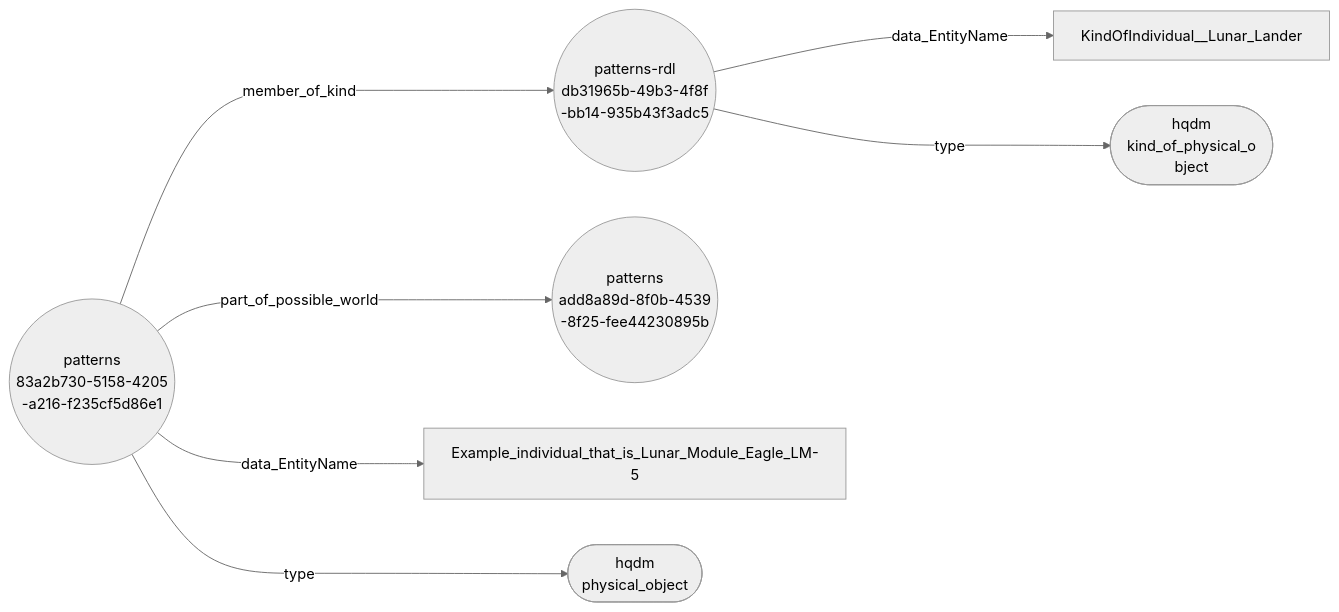
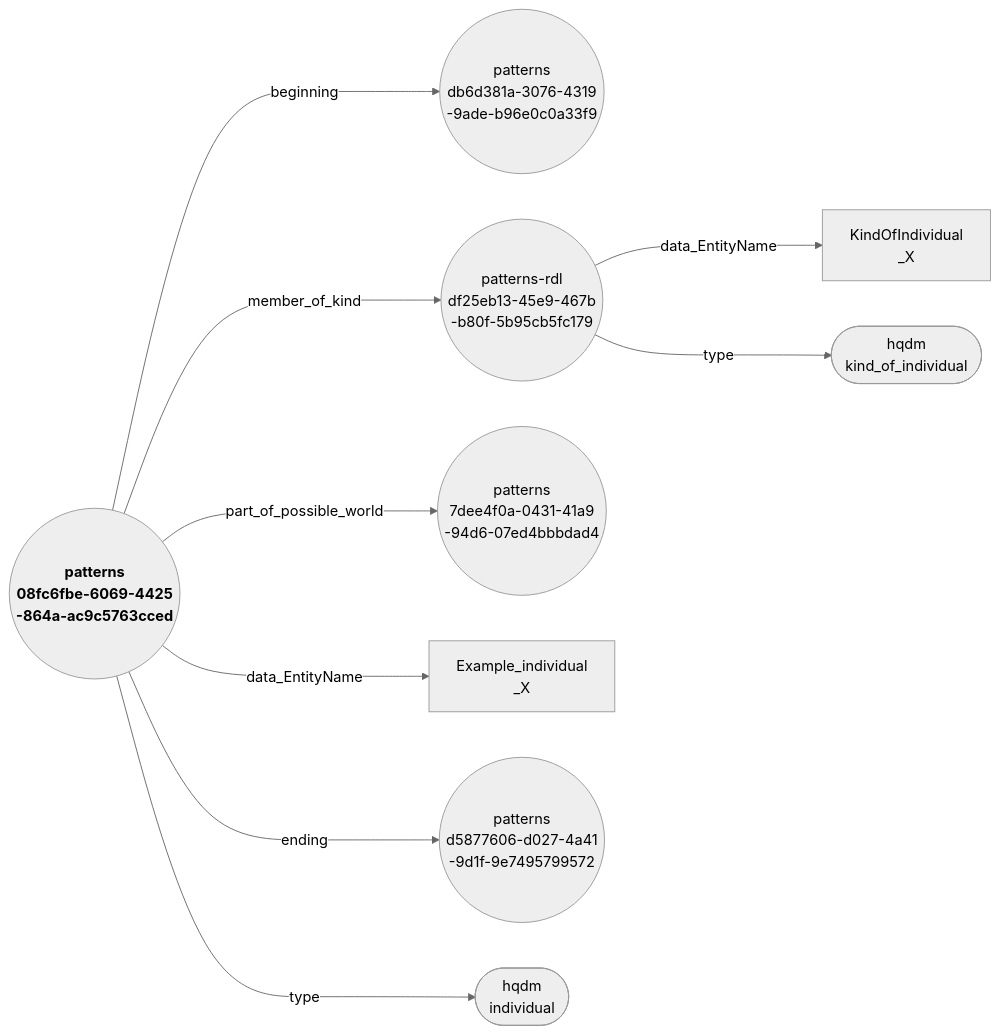
Before and after one commit to ClimbingAl/HqdmPatterns: the diagram in docs/extras/example-files/individualAndKindNodeEdgeGraph.mermaid, drawn with Mermaid (neutral theme). The commit also changed 121 other files, not shown here.

Commit message:
Updates to individual example to validate nodeEdge featrues

````diff
--- a/docs/extras/example-files/individualAndKindNodeEdgeGraph.mermaid
+++ b/docs/extras/example-files/individualAndKindNodeEdgeGraph.mermaid
@@ -1,9 +1,11 @@
 ``` mermaid
 graph LR
-  83a2b730-5158-4205-a216-f235cf5d86e1(("patterns <br> 83a2b730-5158-4205 <br> -a216-f235cf5d86e1"))--->|member_of_kind|db31965b-49b3-4f8f-bb14-935b43f3adc5(("patterns-rdl <br> db31965b-49b3-4f8f <br> -bb14-935b43f3adc5"));
-  83a2b730-5158-4205-a216-f235cf5d86e1(("patterns <br> 83a2b730-5158-4205 <br> -a216-f235cf5d86e1"))--->|part_of_possible_world|add8a89d-8f0b-4539-8f25-fee44230895b(("patterns <br> add8a89d-8f0b-4539 <br> -8f25-fee44230895b"));
-  83a2b730-5158-4205-a216-f235cf5d86e1(("patterns <br> 83a2b730-5158-4205 <br> -a216-f235cf5d86e1"))--->|data_EntityName|Example_individual_that_is_Lunar_Module_Eagle_LM-5[Example_individual_that_is_Lunar_Module_Eagle_LM-5];
-  83a2b730-5158-4205-a216-f235cf5d86e1(("patterns <br> 83a2b730-5158-4205 <br> -a216-f235cf5d86e1"))--->|type|physical_object(["hqdm <br> physical_object"]);
-  db31965b-49b3-4f8f-bb14-935b43f3adc5(("patterns-rdl <br> db31965b-49b3-4f8f <br> -bb14-935b43f3adc5"))--->|data_EntityName|KindOfIndividual__Lunar_Lander[KindOfIndividual__Lunar_Lander];
-  db31965b-49b3-4f8f-bb14-935b43f3adc5(("patterns-rdl <br> db31965b-49b3-4f8f <br> -bb14-935b43f3adc5"))--->|type|kind_of_physical_object(["hqdm <br> kind_of_physical_o <br> bject"]);
+  08fc6fbe-6069-4425-864a-ac9c5763cced(("<b> patterns <br> 08fc6fbe-6069-4425 <br> -864a-ac9c5763cced"))--->|"beginning"|db6d381a-3076-4319-9ade-b96e0c0a33f9(("patterns <br> db6d381a-3076-4319 <br> -9ade-b96e0c0a33f9"));
+  08fc6fbe-6069-4425-864a-ac9c5763cced(("<b> patterns <br> 08fc6fbe-6069-4425 <br> -864a-ac9c5763cced"))--->|"member_of_kind"|df25eb13-45e9-467b-b80f-5b95cb5fc179(("patterns-rdl <br> df25eb13-45e9-467b <br> -b80f-5b95cb5fc179"));
+  08fc6fbe-6069-4425-864a-ac9c5763cced(("<b> patterns <br> 08fc6fbe-6069-4425 <br> -864a-ac9c5763cced"))--->|"part_of_possible_world"|7dee4f0a-0431-41a9-94d6-07ed4bbbdad4(("patterns <br> 7dee4f0a-0431-41a9 <br> -94d6-07ed4bbbdad4"));
+  08fc6fbe-6069-4425-864a-ac9c5763cced(("<b> patterns <br> 08fc6fbe-6069-4425 <br> -864a-ac9c5763cced"))--->|"data_EntityName"|Example_individual_X["Example_individual <br> _X"];
+  08fc6fbe-6069-4425-864a-ac9c5763cced(("<b> patterns <br> 08fc6fbe-6069-4425 <br> -864a-ac9c5763cced"))--->|"ending"|d5877606-d027-4a41-9d1f-9e7495799572(("patterns <br> d5877606-d027-4a41 <br> -9d1f-9e7495799572"));
+  08fc6fbe-6069-4425-864a-ac9c5763cced(("<b> patterns <br> 08fc6fbe-6069-4425 <br> -864a-ac9c5763cced"))--->|"type"|individual(["hqdm <br> individual"]);
+  df25eb13-45e9-467b-b80f-5b95cb5fc179(("patterns-rdl <br> df25eb13-45e9-467b <br> -b80f-5b95cb5fc179"))--->|"data_EntityName"|KindOfIndividual_X["KindOfIndividual <br> _X"];
+  df25eb13-45e9-467b-b80f-5b95cb5fc179(("patterns-rdl <br> df25eb13-45e9-467b <br> -b80f-5b95cb5fc179"))--->|"type"|kind_of_individual(["hqdm <br> kind_of_individual"]);
 ```
````
